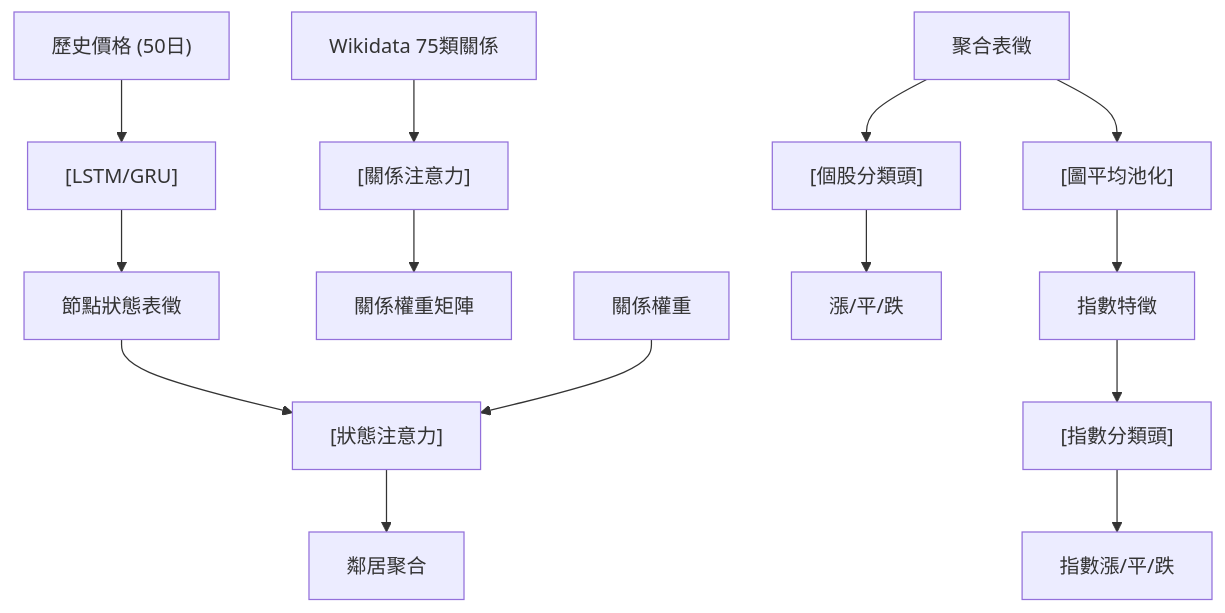
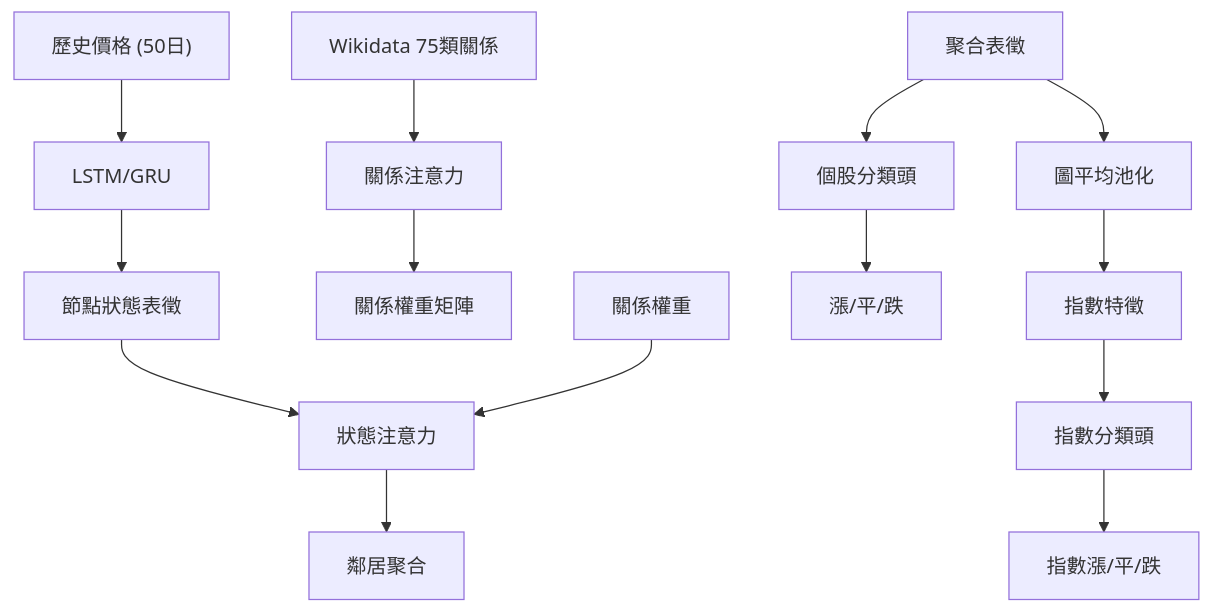
Before and after one commit to sou350121/Trading-Handbook: the diagram in foundations/graph-networks/hats.md, drawn with Mermaid. The commit also changed 191 other files, not shown here.

First line of the commit message:
render: fix math + mermaid for GitHub across the corpus (188 pages)

````diff
--- a/foundations/graph-networks/hats.md
+++ b/foundations/graph-networks/hats.md
@@ -30,16 +30,16 @@
 ```mermaid
 flowchart TD
-    A["歷史價格 (50日)"] --> B["[LSTM/GRU]"]
-    B["[LSTM/GRU]"] --> C["節點狀態表徵"]
-    D["Wikidata 75類關係"] --> E["[關係注意力]"]
-    E["[關係注意力]"] --> F["關係權重矩陣"]
-    C["節點狀態表徵"] --> H["[狀態注意力]"]
-    G["關係權重"] --> H["[狀態注意力]"]
-    H["[狀態注意力]"] --> I["鄰居聚合"]
-    J["聚合表徵"] --> K["[個股分類頭]"]
-    K["[個股分類頭]"] --> L["漲/平/跌"]
-    J["聚合表徵"] --> M["[圖平均池化]"]
-    M["[圖平均池化]"] --> N["指數特徵"]
-    N["指數特徵"] --> O["[指數分類頭]"]
-    O["[指數分類頭]"] --> P["指數漲/平/跌"]
+    A["歷史價格 (50日)"] --> B["LSTM/GRU"]
+    B["LSTM/GRU"] --> C["節點狀態表徵"]
+    D["Wikidata 75類關係"] --> E["關係注意力"]
+    E["關係注意力"] --> F["關係權重矩陣"]
+    C["節點狀態表徵"] --> H["狀態注意力"]
+    G["關係權重"] --> H["狀態注意力"]
+    H["狀態注意力"] --> I["鄰居聚合"]
+    J["聚合表徵"] --> K["個股分類頭"]
+    K["個股分類頭"] --> L["漲/平/跌"]
+    J["聚合表徵"] --> M["圖平均池化"]
+    M["圖平均池化"] --> N["指數特徵"]
+    N["指數特徵"] --> O["指數分類頭"]
+    O["指數分類頭"] --> P["指數漲/平/跌"]
 ```
````
